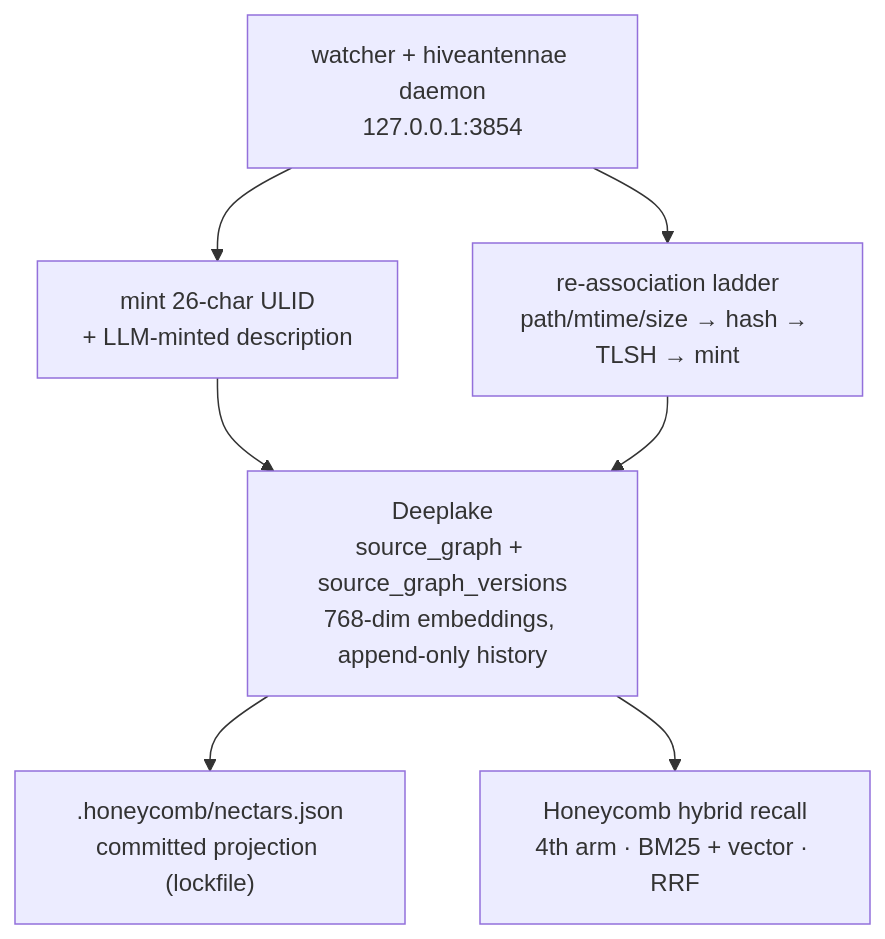
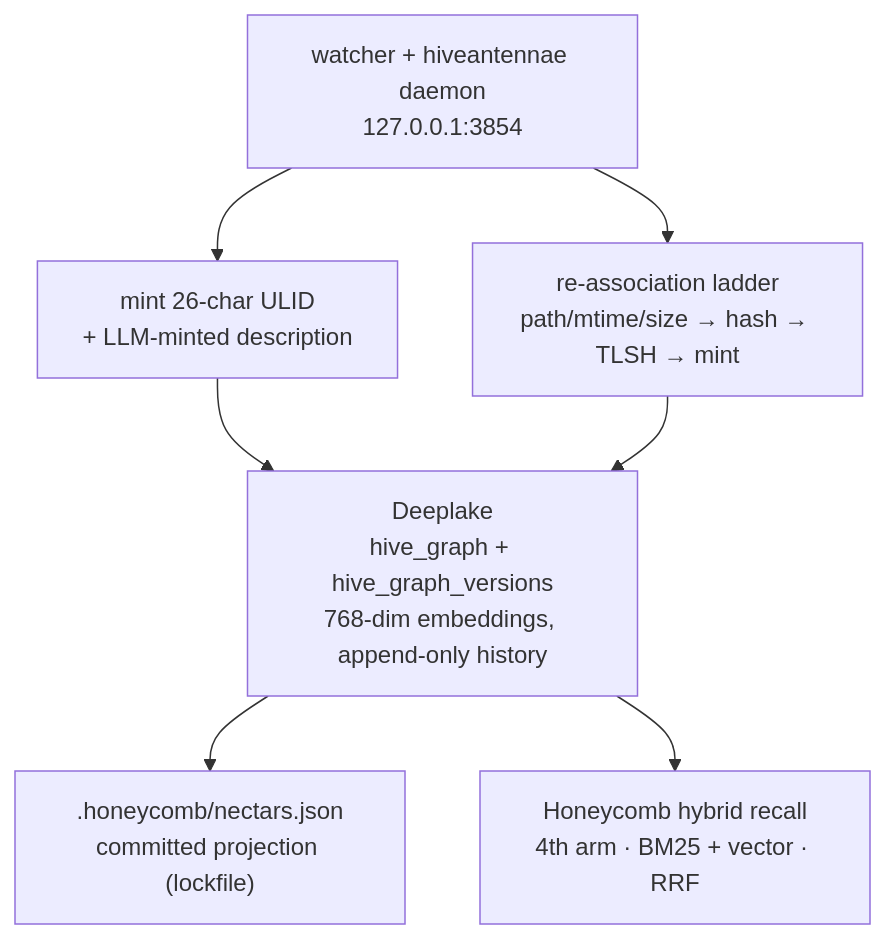
The diagram in README.md (legioncodeinc/nectar), drawn with Mermaid before and after one commit. The commit also changed other lines of this file and 337 other files, not shown here.

````diff
--- a/README.md
+++ b/README.md
@@ -186,9 +186,9 @@
 ```mermaid
 flowchart TD
     W["watcher + hiveantennae daemon<br/>127.0.0.1:3854"] --> M["mint 26-char ULID<br/>+ LLM-minted description"]
     W --> L["re-association ladder<br/>path/mtime/size → hash → TLSH → mint"]
-    M --> DL["Deeplake<br/>source_graph + source_graph_versions<br/>768-dim embeddings, append-only history"]
+    M --> DL["Deeplake<br/>hive_graph + hive_graph_versions<br/>768-dim embeddings, append-only history"]
     L --> DL
     DL --> P[".honeycomb/nectars.json<br/>committed projection (lockfile)"]
     DL --> R["Honeycomb hybrid recall<br/>4th arm · BM25 + vector · RRF"]
 ```
````
